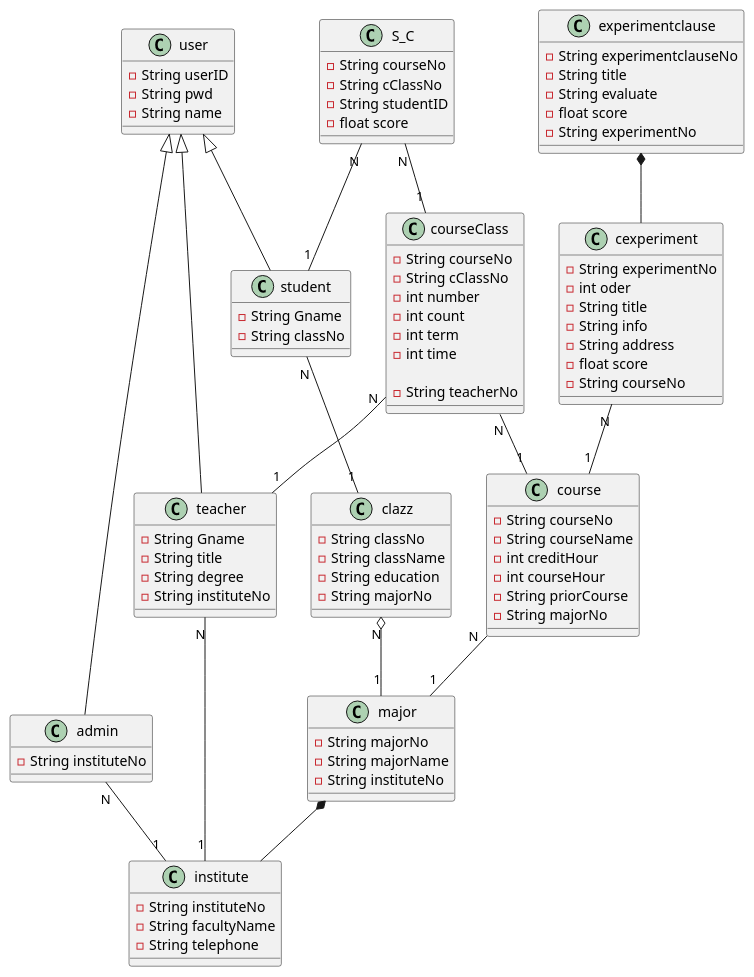
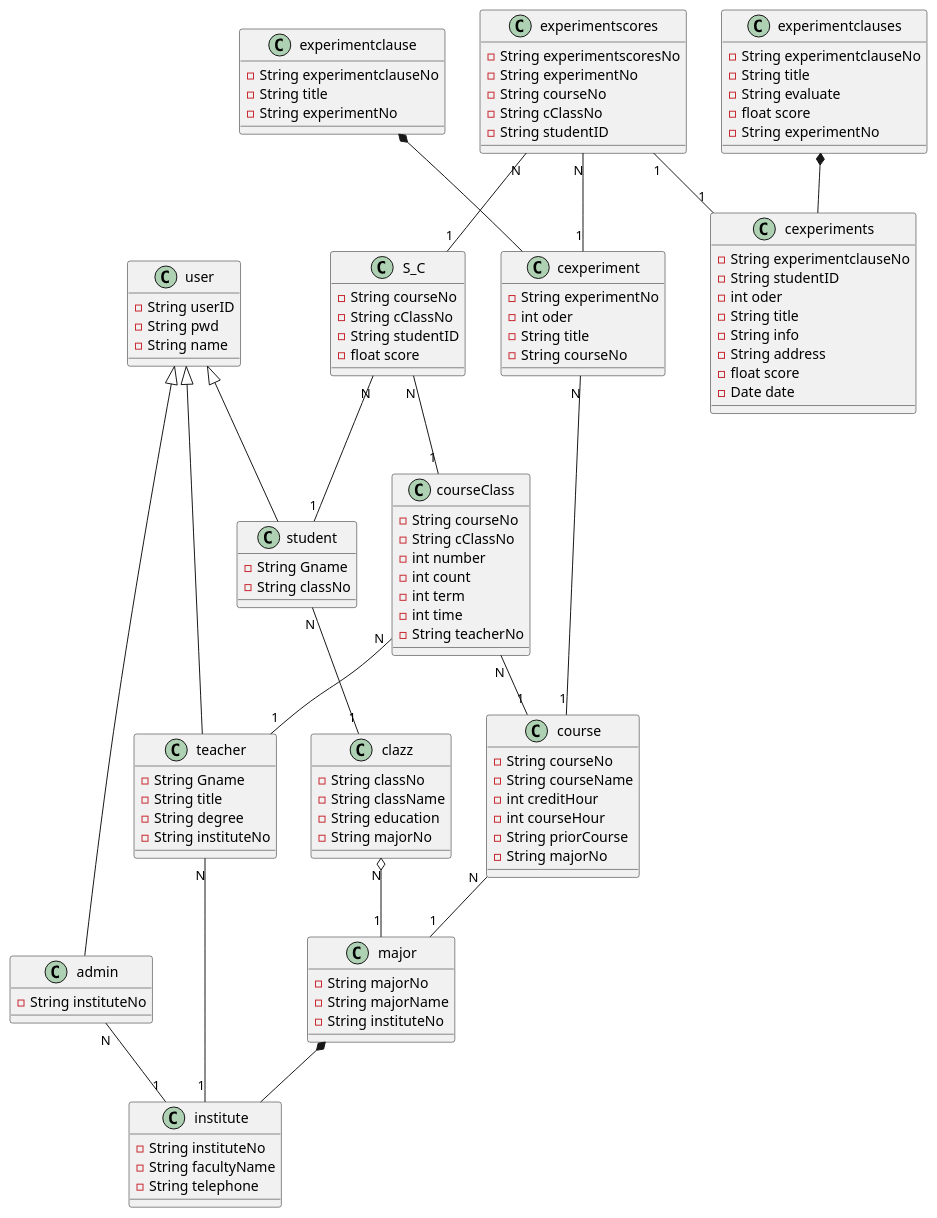
The diagram in test6/classView.pu (201610414130/is_analysis-4), drawn with PlantUML before and after one commit. The commit also changed 10 other files, not shown here.

```diff
--- a/test6/classView.pu
+++ b/test6/classView.pu
@@ -1,91 +1,116 @@
-@startuml 实验管理平台用例图
+@startuml 实验管理平台类图
 class user{
     -String userID
     -String pwd
     -String name
 }
 class student{
     -String Gname
     -String classNo
 }
 class teacher{
     -String Gname
     -String title
     -String degree
     -String instituteNo
 }
 class admin{
     -String instituteNo
 }
 class clazz{
     -String classNo
     -String className
     -String education
     -String majorNo
 }
 class major{
     -String majorNo
     -String majorName
     -String instituteNo
 }
 class institute{
     -String instituteNo
     -String facultyName
     -String telephone
 }
 class course{
     -String courseNo
     -String courseName
     -int creditHour
     -int courseHour
     -String priorCourse
     -String majorNo
 }
 class courseClass{
     -String courseNo
     -String cClassNo
     -int number
     -int count
     -int term
     -int time
-
     -String teacherNo
 }
 class S_C{
     -String courseNo
     -String cClassNo
     -String studentID
     -float score
 }
+
 class cexperiment{
     -String experimentNo
+    -int oder
+    -String title
+    -String courseNo
+}
+
+class experimentclause{
+    -String experimentclauseNo
+    -String title
+    -String experimentNo
+}
+
+class cexperiments{
+    -String experimentclauseNo
+    -String studentID
     -int oder
     -String title
     -String info
     -String address
     -float score
-    -String courseNo
+    -Date date
 }
-class experimentclause{
+class experimentclauses{
     -String experimentclauseNo
     -String title
     -String evaluate
     -float score
     -String experimentNo
+}
+class experimentscores{
+    -String experimentscoresNo
+    -String experimentNo
+    -String courseNo
+    -String cClassNo
+    -String studentID
 }
 student -up-|> user
 teacher -up-|> user
 admin -up-|> user
 student "N" -- "1" clazz
 clazz "N" o-- "1" major
 major *-- institute
 teacher "N" -- "1" institute
 admin "N" -- "1" institute
 S_C "N" -- "1" student
 S_C "N" -- "1" courseClass
 courseClass "N" -- "1" course
 courseClass "N" -- "1" teacher
 course "N" -- "1" major
 experimentclause *-- cexperiment
 cexperiment "N" -- "1" course
+experimentscores "N" -- "1" S_C
+experimentscores "N" -- "1" cexperiment
+experimentclauses *-- cexperiments
+experimentscores "1"--"1" cexperiments
 @enduml
```
